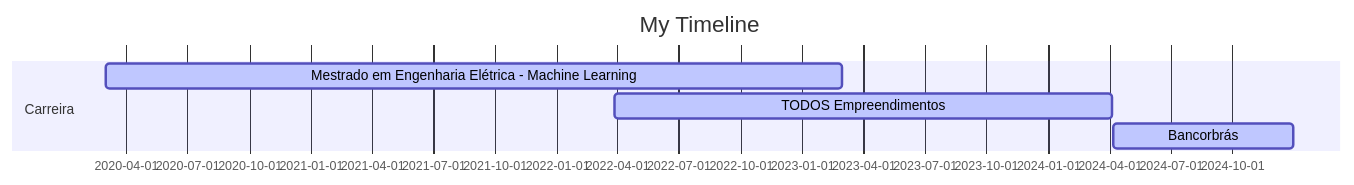
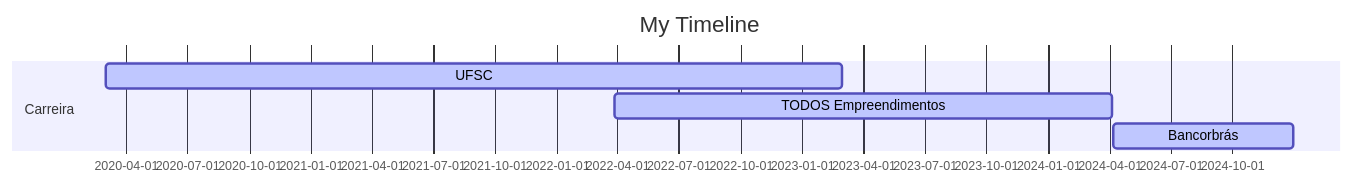
Before and after one commit to victor-hro/victor-hro: the diagram in README.md, drawn with Mermaid.

````diff
--- a/README.md
+++ b/README.md
@@ -3,9 +3,9 @@
 ```mermaid
 gantt
     title My Timeline
     dateFormat  YYYY-MM-DD
     section Carreira
-    Mestrado em Engenharia Elétrica - Machine Learning    :active,, 2020-03-02, 2023-03-02
+    UFSC    :active,, 2020-03-02, 2023-03-02
     TODOS Empreendimentos     :active,, 2022-03-28, 2024-04-05
     Bancorbrás                :active,, 2024-04-08, 2024-12-31
 ```
````
